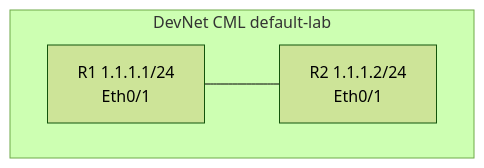
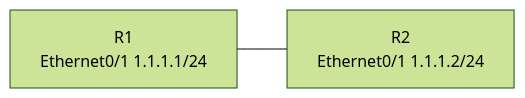
Before and after one commit to Bryancruzcb/network-change-validator: the second of 4 diagrams in README.md, drawn with Mermaid (forest theme). The commit also changed other lines of this file, not shown here.

````diff
--- a/README.md
+++ b/README.md
@@ -78,8 +128,6 @@
 ```mermaid
-flowchart TB
-    subgraph lab["DevNet CML default-lab"]
-        R1["R1  1.1.1.1/24<br/>Eth0/1"]
-        R2["R2  1.1.1.2/24<br/>Eth0/1"]
-        R1 --- R2
-    end
+flowchart LR
+    R1["R1<br/>Ethernet0/1 1.1.1.1/24"]
+    R2["R2<br/>Ethernet0/1 1.1.1.2/24"]
+    R1 --- R2
 ```
````
